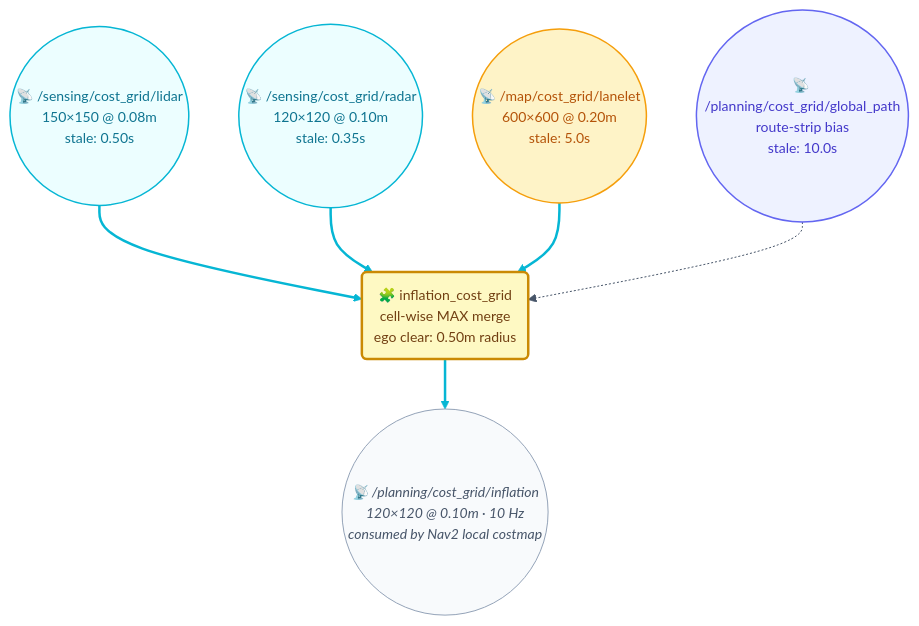
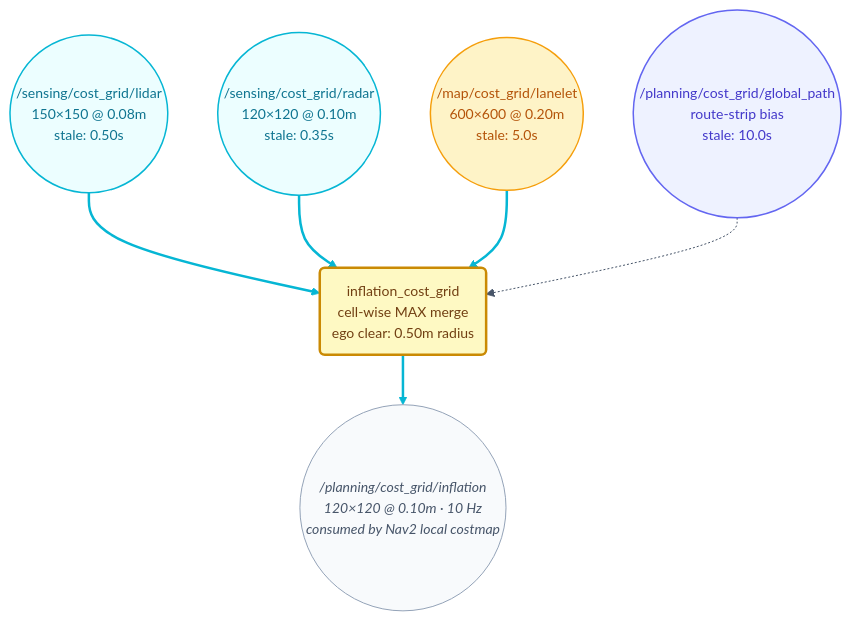
The third of 3 diagrams in camrod_sensing/README.md (hwanhonglee/CAMROD), drawn with Mermaid before and after one commit. The commit also changed other lines of this file and 11 other files, not shown here.

First line of the commit message:
docs: fix Mermaid syntax errors and reduce emoji overuse in all READMEs

````diff
--- a/camrod_sensing/README.md
+++ b/camrod_sensing/README.md
@@ -196,34 +196,34 @@
 ```mermaid
 %%{init: {'theme': 'base', 'themeVariables': {'fontFamily': 'ui-sans-serif, system-ui, sans-serif', 'fontSize': '14px', 'primaryColor': '#EEF2FF', 'primaryTextColor': '#0F172A', 'primaryBorderColor': '#6366F1', 'lineColor': '#475569'}, 'flowchart': {'curve': 'basis', 'htmlLabels': true, 'padding': 12}}}%%
 graph TD
   classDef sensing      fill:#ECFEFF,stroke:#06B6D4,stroke-width:1.5px,color:#0E7490;
   classDef localization fill:#ECFDF5,stroke:#10B981,stroke-width:1.5px,color:#047857;
   classDef mapping      fill:#FEF3C7,stroke:#F59E0B,stroke-width:1.5px,color:#B45309;
   classDef perception   fill:#FCE7F3,stroke:#EC4899,stroke-width:1.5px,color:#9D174D;
   classDef planning     fill:#EEF2FF,stroke:#6366F1,stroke-width:1.5px,color:#4338CA;
   classDef platform     fill:#FEE2E2,stroke:#EF4444,stroke-width:1.5px,color:#B91C1C;
   classDef parking      fill:#F5F3FF,stroke:#8B5CF6,stroke-width:1.5px,color:#6D28D9;
   classDef system       fill:#F1F5F9,stroke:#64748B,stroke-width:1.5px,color:#334155;
   classDef ui           fill:#FFF7ED,stroke:#F97316,stroke-width:1.5px,color:#C2410C;
   classDef topic        fill:#F8FAFC,stroke:#94A3B8,stroke-width:1px,color:#475569,font-style:italic;
   classDef config       fill:#FFFBEB,stroke:#D97706,stroke-width:1.5px,color:#92400E;
   classDef hardware     fill:#FAFAFA,stroke:#6B7280,stroke-width:1.5px,color:#374151;
   classDef highlight    fill:#FEF9C3,stroke:#CA8A04,stroke-width:2.5px,color:#713F12;
 
-  L1((📡 /sensing/cost_grid/lidar\n150×150 @ 0.08m\nstale: 0.50s)):::sensing
-  L2((📡 /sensing/cost_grid/radar\n120×120 @ 0.10m\nstale: 0.35s)):::sensing
-  L3((📡 /map/cost_grid/lanelet\n600×600 @ 0.20m\nstale: 5.0s)):::mapping
-  L4((📡 /planning/cost_grid/global_path\nroute-strip bias\nstale: 10.0s)):::planning
+  L1((/sensing/cost_grid/lidar\n150×150 @ 0.08m\nstale: 0.50s)):::sensing
+  L2((/sensing/cost_grid/radar\n120×120 @ 0.10m\nstale: 0.35s)):::sensing
+  L3((/map/cost_grid/lanelet\n600×600 @ 0.20m\nstale: 5.0s)):::mapping
+  L4((/planning/cost_grid/global_path\nroute-strip bias\nstale: 10.0s)):::planning
 
-  FUSE(🧩 inflation_cost_grid\ncell-wise MAX merge\nego clear: 0.50m radius):::highlight
+  FUSE(inflation_cost_grid\ncell-wise MAX merge\nego clear: 0.50m radius):::highlight
 
-  OUT((📡 /planning/cost_grid/inflation\n120×120 @ 0.10m · 10 Hz\nconsumed by Nav2 local costmap)):::topic
+  OUT((/planning/cost_grid/inflation\n120×120 @ 0.10m · 10 Hz\nconsumed by Nav2 local costmap)):::topic
 
   L1 ==> FUSE
   L2 ==> FUSE
   L3 ==> FUSE
   L4 -.-> FUSE
   FUSE ==> OUT
 
   linkStyle 0,1,2,4 stroke:#06B6D4,stroke-width:2.5px;
 ```
````
